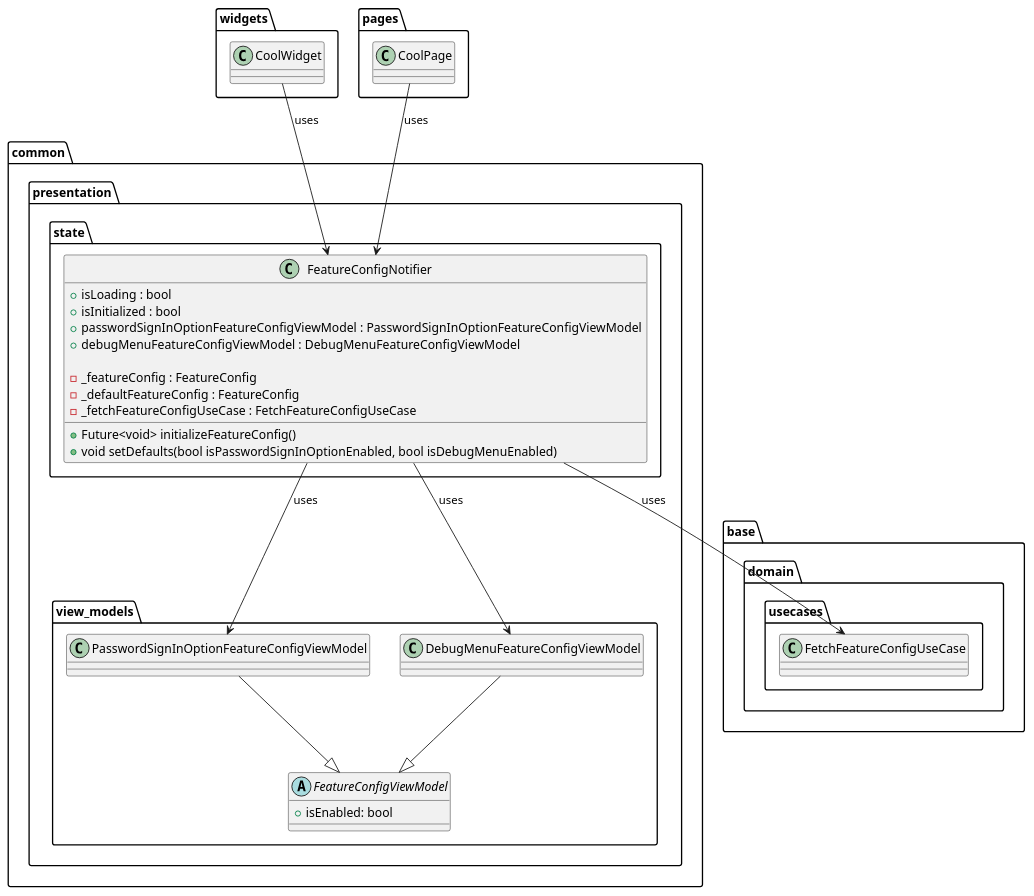
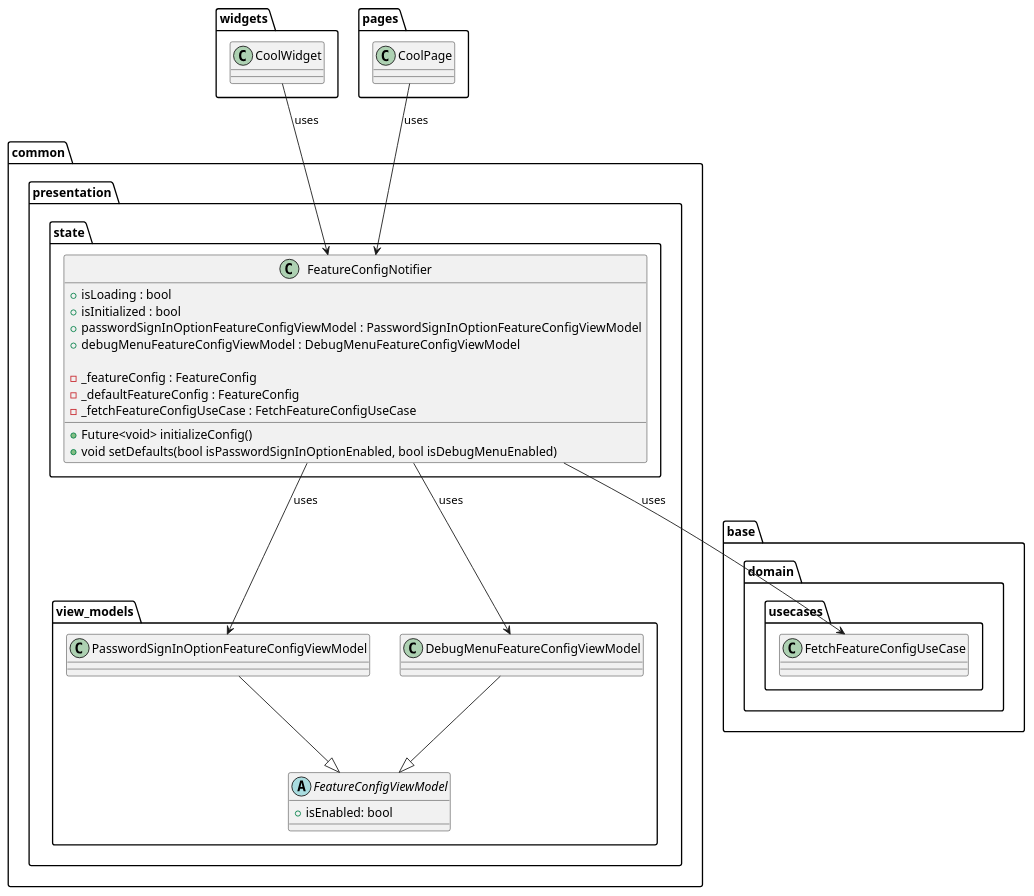
One commit to Flank/flank-dashboard changed the diagram in metrics/web/docs/features/feature_config/diagrams/feature_config_presentation_layer_class_diagram.puml. Above: the diagram before and after it, drawn with PlantUML. The commit also changed 9 other files, not shown here.

```diff
--- a/metrics/web/docs/features/feature_config/diagrams/feature_config_presentation_layer_class_diagram.puml
+++ b/metrics/web/docs/features/feature_config/diagrams/feature_config_presentation_layer_class_diagram.puml
@@ -1,56 +1,56 @@
 @startuml feature_config_presentation_layer_class_diagram
 
 package base.domain.usecases {
     class FetchFeatureConfigUseCase {}
 }
 
 package common.presentation {
 
     package state {
         class FeatureConfigNotifier {
             + isLoading : bool
             + isInitialized : bool
             + passwordSignInOptionFeatureConfigViewModel : PasswordSignInOptionFeatureConfigViewModel
             + debugMenuFeatureConfigViewModel : DebugMenuFeatureConfigViewModel
 
             - _featureConfig : FeatureConfig
             - _defaultFeatureConfig : FeatureConfig
             - _fetchFeatureConfigUseCase : FetchFeatureConfigUseCase
 
-            + Future<void> initializeFeatureConfig()
+            + Future<void> initializeConfig()
             + void setDefaults(bool isPasswordSignInOptionEnabled, bool isDebugMenuEnabled)
         }
     }
 
     package view_models {
         abstract class FeatureConfigViewModel {
             + isEnabled: bool
         }
 
         class PasswordSignInOptionFeatureConfigViewModel {}
 
         class DebugMenuFeatureConfigViewModel {}
     }
 }
 
 package widgets {
     class CoolWidget {}
 }
 
 package pages {
     class CoolPage {}
 }
 
 CoolWidget --> FeatureConfigNotifier : uses
 
 CoolPage --> FeatureConfigNotifier : uses
 
 FeatureConfigNotifier --> FetchFeatureConfigUseCase : uses
 
 FeatureConfigNotifier --> PasswordSignInOptionFeatureConfigViewModel : uses
 FeatureConfigNotifier --> DebugMenuFeatureConfigViewModel : uses
 
 PasswordSignInOptionFeatureConfigViewModel --|> FeatureConfigViewModel
 DebugMenuFeatureConfigViewModel --|> FeatureConfigViewModel
 
 @enduml
```
